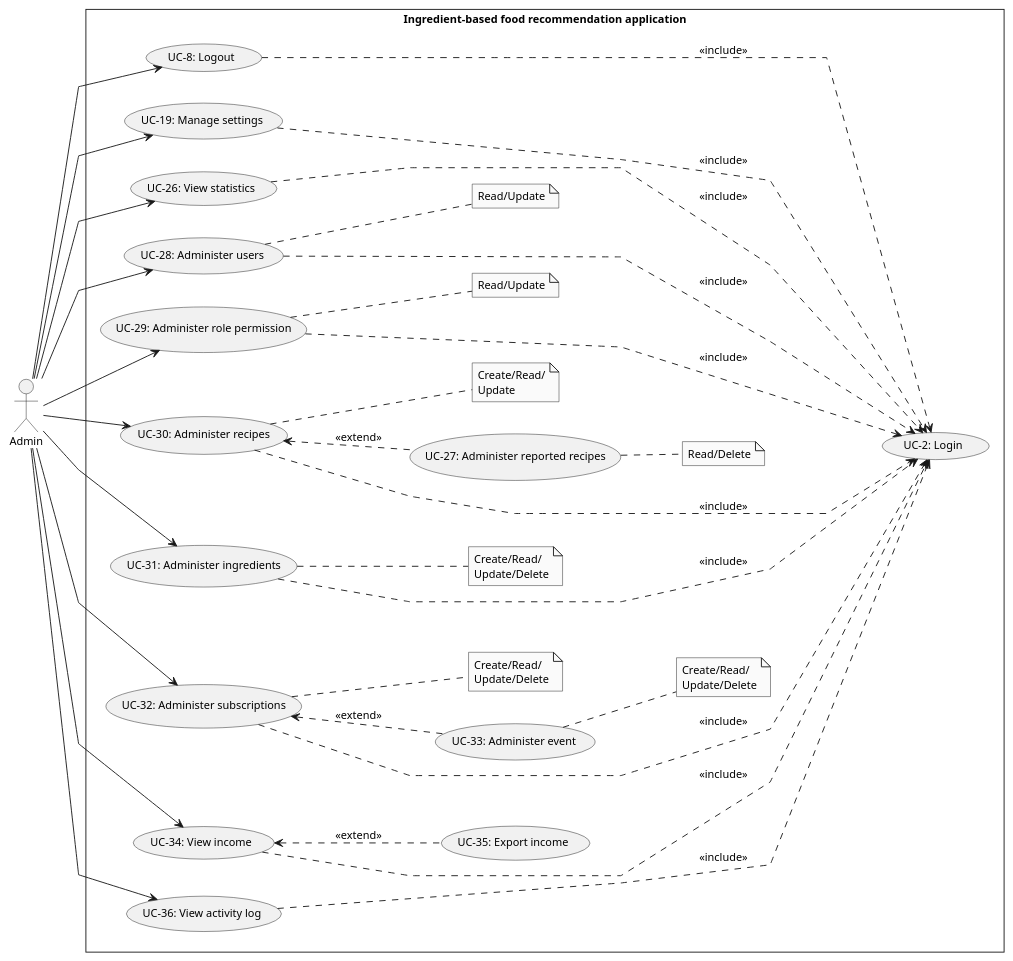
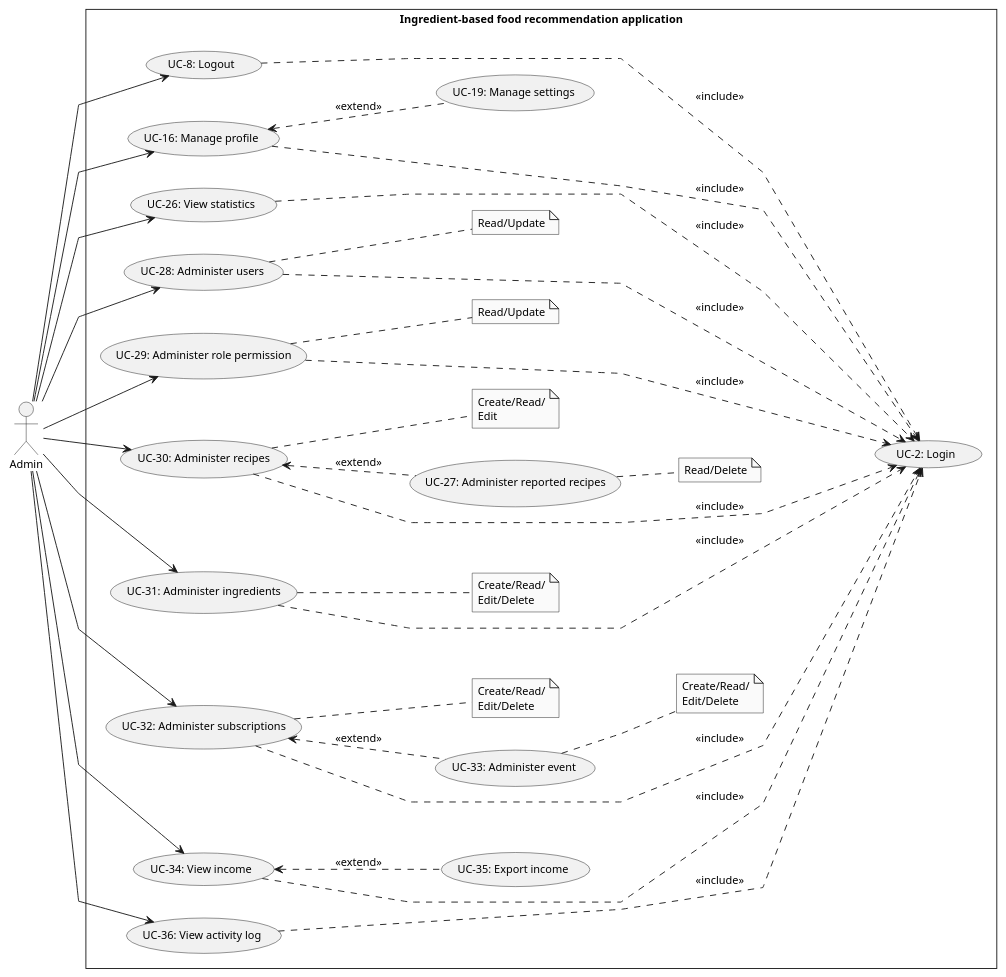
The diagram in doc/SRS/Usecase/AdminUsecase/AdminUsecase.plantuml (Carl-Johnsons/tastopia), drawn with PlantUML before and after one commit. The commit also changed 1 other file, not shown here.

Commit message:
be: change update to edit

```diff
--- a/doc/SRS/Usecase/AdminUsecase/AdminUsecase.plantuml
+++ b/doc/SRS/Usecase/AdminUsecase/AdminUsecase.plantuml
@@ -1,69 +1,69 @@
 @startuml AdminUsecase
 skinparam style strictuml
 skinparam monochrome true
 skinparam linetype polyline
 skinparam defaultFontSize 12
 left to right direction
 actor "Admin" as admin
 ' actor "Admin" as admin
 rectangle Ingredient-based<U+0020>food<U+0020>recommendation<U+0020>application {
     usecase "UC-2: Login" as ucLogin
     usecase "UC-8: Logout" as ucLogout
+    usecase "UC-16: Manage profile" as ucManageProfile
     usecase "UC-19: Manage settings" as ucManageSetting
-
 
     usecase "UC-26: View statistics" as ucViewStatistic
     usecase "UC-27: Administer reported recipes" as ucAdmReportedRepices
     usecase "UC-28: Administer users" as ucAdmUser
     usecase "UC-29: Administer role permission" as ucAdmRolePermis
     usecase "UC-30: Administer recipes" as ucAdmRecipe
     usecase "UC-31: Administer ingredients" as ucAdmIngre
     usecase "UC-32: Administer subscriptions" as ucAdmSubcript
     usecase "UC-33: Administer event" as ucAdmEvent
     usecase "UC-34: View income" as ucViewIncome
     usecase "UC-35: Export income" as ucExportIncome
     usecase "UC-36: View activity log" as ucViewActivityLog
 
-
     note "Read/Update" as noteAdmUser
-    note "Create/Read/\nUpdate" as noteAdmRecipe
-    note "Create/Read/\nUpdate/Delete" as noteAdmIngre
-    note "Create/Read/\nUpdate/Delete" as noteAdmSubcipt
-    note "Create/Read/\nUpdate/Delete" as noteAdmEvent
+    note "Create/Read/\nEdit" as noteAdmRecipe
+    note "Create/Read/\nEdit/Delete" as noteAdmIngre
+    note "Create/Read/\nEdit/Delete" as noteAdmSubcipt
+    note "Create/Read/\nEdit/Delete" as noteAdmEvent
     note "Read/Delete" as noteAdmReportedRecipes
     note "Read/Update" as noteAmdRolePermis
 
     admin --> ucAdmUser
         ucAdmUser .. noteAdmUser
     admin --> ucAdmRecipe
         ucAdmRecipe <.. ucAdmReportedRepices : <<extend>>
             ucAdmReportedRepices .. noteAdmReportedRecipes
         ucAdmRecipe .. noteAdmRecipe
     admin --> ucAdmIngre
         ucAdmIngre .. noteAdmIngre
     admin --> ucAdmRolePermis
         ucAdmRolePermis .. noteAmdRolePermis
     admin --> ucAdmSubcript
         ucAdmSubcript <.. ucAdmEvent : <<extend>>
             ucAdmEvent .. noteAdmEvent
         ucAdmSubcript .. noteAdmSubcipt
     admin --> ucViewStatistic
     admin --> ucViewIncome
         ucViewIncome <.. ucExportIncome : <<extend>>
     admin --> ucViewActivityLog
-    admin --> ucManageSetting
+    admin --> ucManageProfile
+        ucManageProfile <.. ucManageSetting: <<extend>>
     admin --> ucLogout
 
     ucLogout .....> ucLogin : <<include>>
     ucViewStatistic .....> ucLogin : <<include>>
     ucAdmUser .....> ucLogin : <<include>>
     ucAdmRolePermis .....> ucLogin : <<include>>
     ucAdmRecipe .....> ucLogin : <<include>>
     ucAdmIngre .....> ucLogin : <<include>>
     ucAdmSubcript .....> ucLogin : <<include>>
     ucViewIncome .....> ucLogin : <<include>>
-    ucManageSetting .....> ucLogin : <<include>>
+    ucManageProfile .....> ucLogin : <<include>>
     ucViewActivityLog .....> ucLogin : <<include>>
 }
 
 @enduml
```
